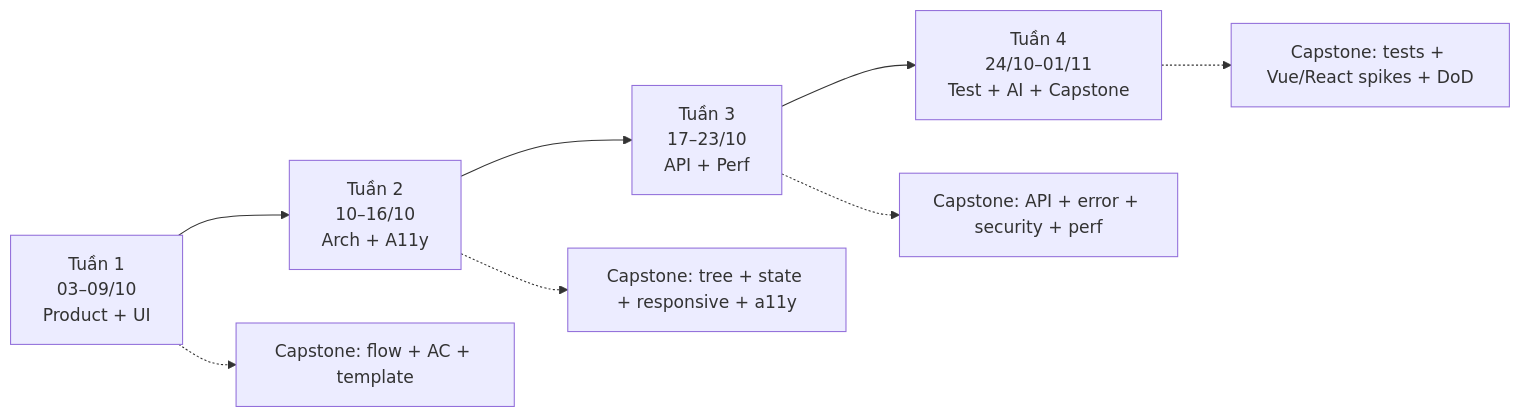
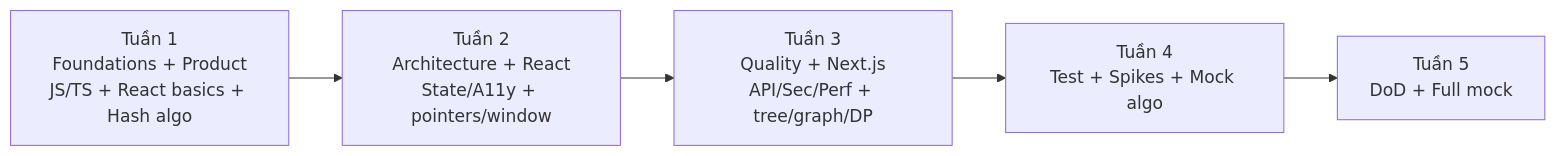
Before and after one commit to parker2808/interview-senior-fe: the diagram in modules/study-plan-30-days/content/30-day-study-plan.md, drawn with Mermaid. The commit also changed other lines of this file and 72 other files, not shown here.

First line of the commit message:
feat: redesign 30-day plan with React/Next labs and algorithms

````diff
--- a/modules/study-plan-30-days/content/30-day-study-plan.md
+++ b/modules/study-plan-30-days/content/30-day-study-plan.md
@@ -49,11 +57,7 @@
 ```mermaid
 flowchart LR
-  W1["Tuần 1<br/>03–09/10<br/>Product + UI"] --> W2["Tuần 2<br/>10–16/10<br/>Arch + A11y"]
-  W2 --> W3["Tuần 3<br/>17–23/10<br/>API + Perf"]
-  W3 --> W4["Tuần 4<br/>24/10–01/11<br/>Test + AI + Capstone"]
-
-  W1 -.-> C1["Capstone: flow + AC + template"]
-  W2 -.-> C2["Capstone: tree + state + responsive + a11y"]
-  W3 -.-> C3["Capstone: API + error + security + perf"]
-  W4 -.-> C4["Capstone: tests + Vue/React spikes + DoD"]
+  W1["Tuần 1<br/>Foundations + Product<br/>JS/TS + React basics + Hash algo"] --> W2["Tuần 2<br/>Architecture + React<br/>State/A11y + pointers/window"]
+  W2 --> W3["Tuần 3<br/>Quality + Next.js<br/>API/Sec/Perf + tree/graph/DP"]
+  W3 --> W4["Tuần 4<br/>Test + Spikes + Mock algo"]
+  W4 --> W5["Tuần 5<br/>DoD + Full mock"]
 ```
````
